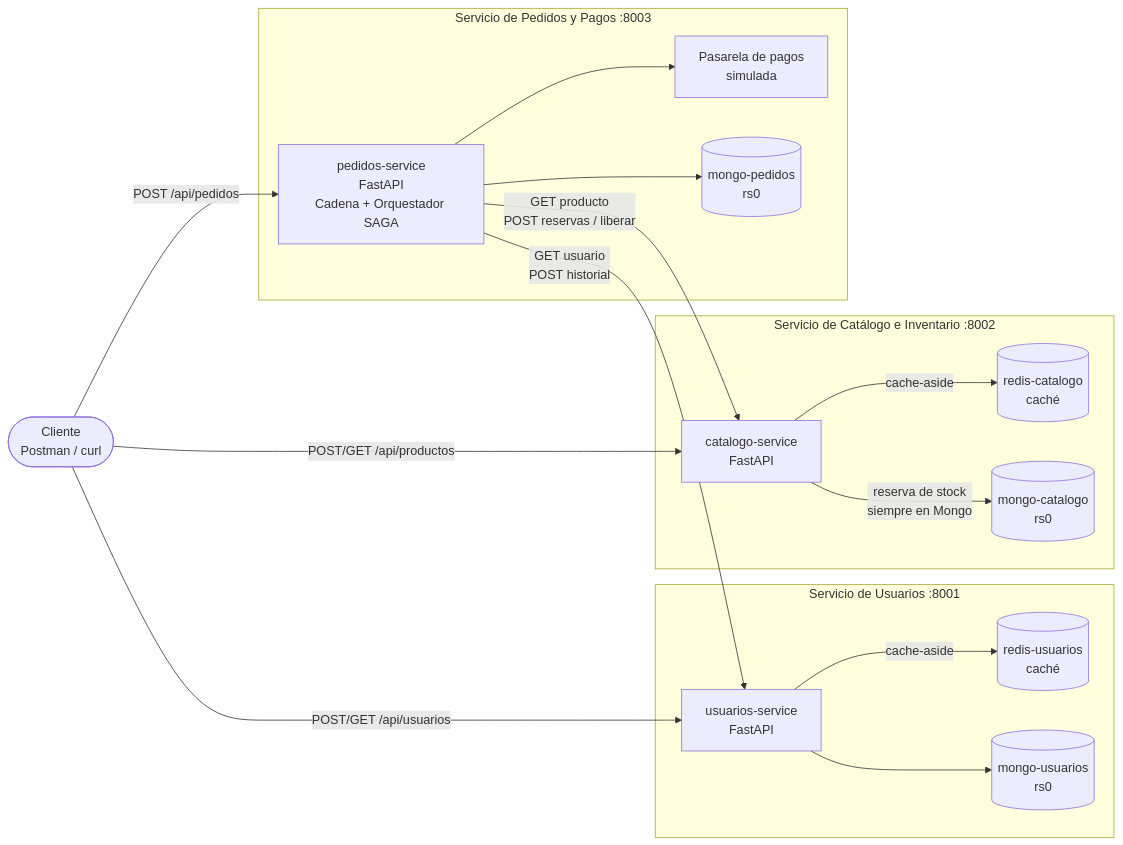
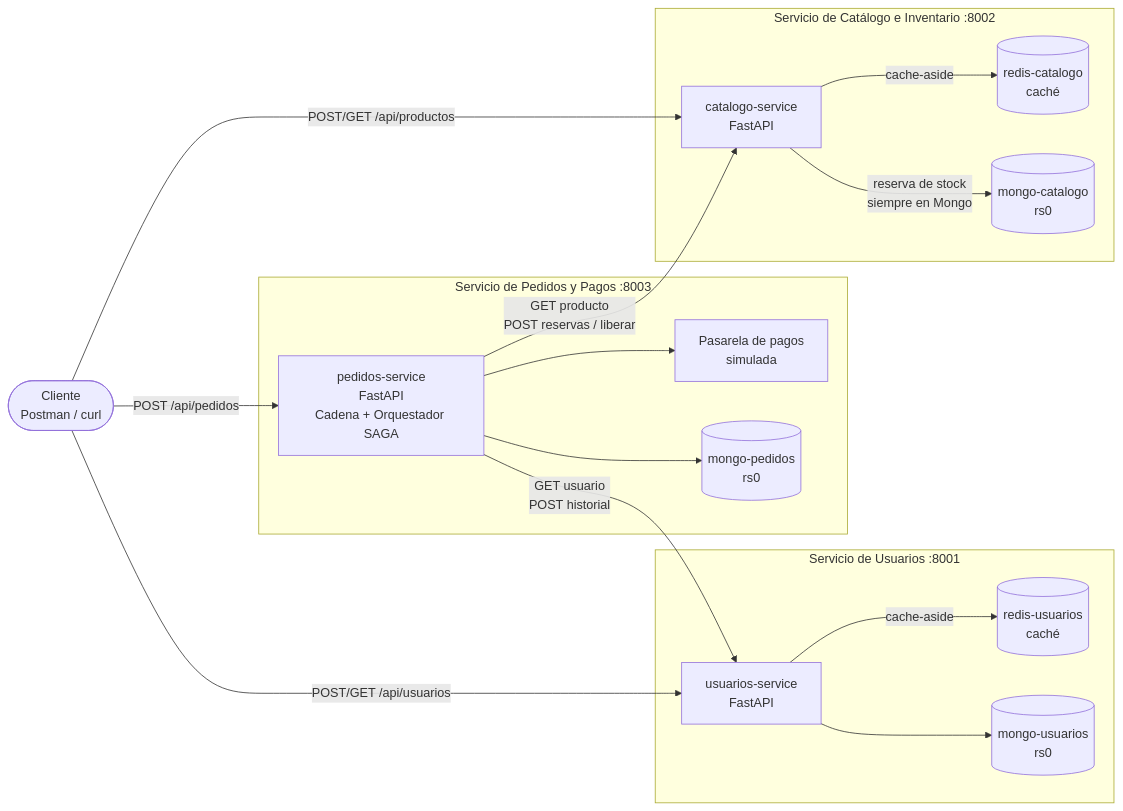
Before and after one commit to BrunoCruz11/Tarea2-NOSQL: the first of 5 diagrams in README.md, drawn with Mermaid. The commit also changed other lines of this file, not shown here.

First line of the commit message:
README: diagrama de arquitectura sin cruces y una sola numeración en la saga con compensación

````diff
--- a/README.md
+++ b/README.md
@@ -144,35 +144,35 @@
 ```mermaid
 flowchart LR
     cliente(["Cliente<br/>Postman / curl"])
+
+    subgraph pedidos["Servicio de Pedidos y Pagos :8003"]
+        ps["pedidos-service<br/>FastAPI<br/>Cadena + Orquestador SAGA"]
+        pago["Pasarela de pagos<br/>simulada"]
+        mp[("mongo-pedidos<br/>rs0")]
+        ps --> pago
+        ps --> mp
+    end
 
     subgraph usuarios["Servicio de Usuarios :8001"]
         us["usuarios-service<br/>FastAPI"]
         ru[("redis-usuarios<br/>caché")]
         mu[("mongo-usuarios<br/>rs0")]
         us -- "cache-aside" --> ru
         us --> mu
     end
 
     subgraph catalogo["Servicio de Catálogo e Inventario :8002"]
         cs["catalogo-service<br/>FastAPI"]
         rc[("redis-catalogo<br/>caché")]
         mc[("mongo-catalogo<br/>rs0")]
         cs -- "cache-aside" --> rc
         cs -- "reserva de stock<br/>siempre en Mongo" --> mc
     end
 
-    subgraph pedidos["Servicio de Pedidos y Pagos :8003"]
-        ps["pedidos-service<br/>FastAPI<br/>Cadena + Orquestador SAGA"]
-        pago["Pasarela de pagos<br/>simulada"]
-        mp[("mongo-pedidos<br/>rs0")]
-        ps --> pago
-        ps --> mp
-    end
-
+    cliente -- "POST /api/pedidos" --> ps
     cliente -- "POST/GET /api/usuarios" --> us
     cliente -- "POST/GET /api/productos" --> cs
-    cliente -- "POST /api/pedidos" --> ps
 
     ps -- "GET usuario<br/>POST historial" --> us
     ps -- "GET producto<br/>POST reservas / liberar" --> cs
 ```
````
